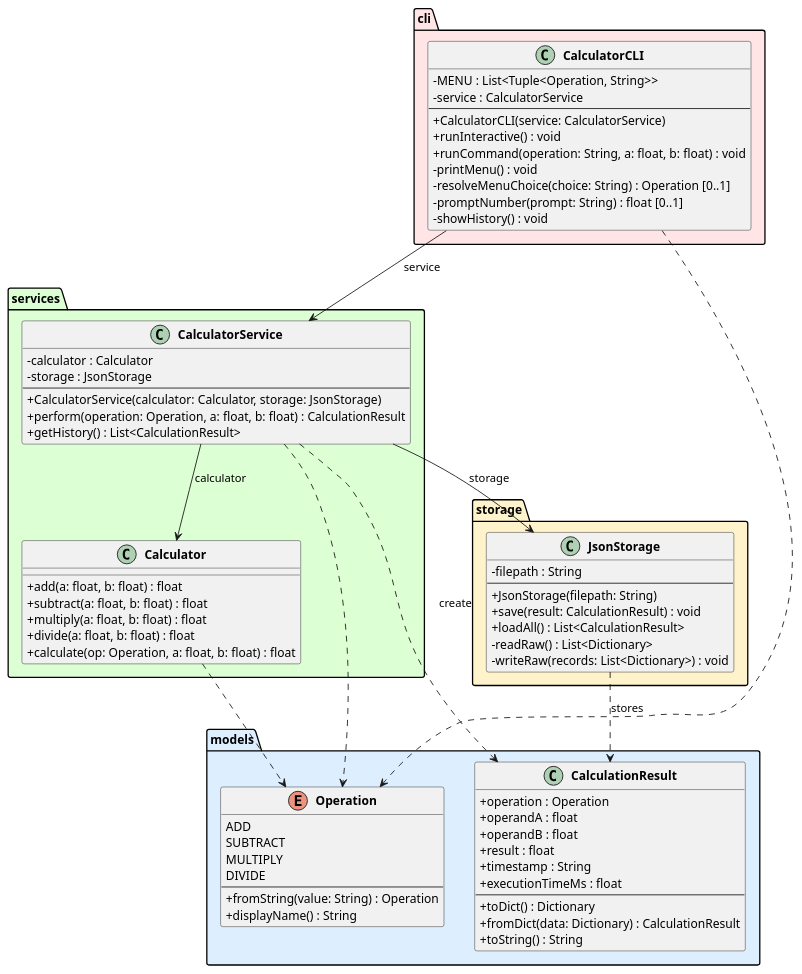
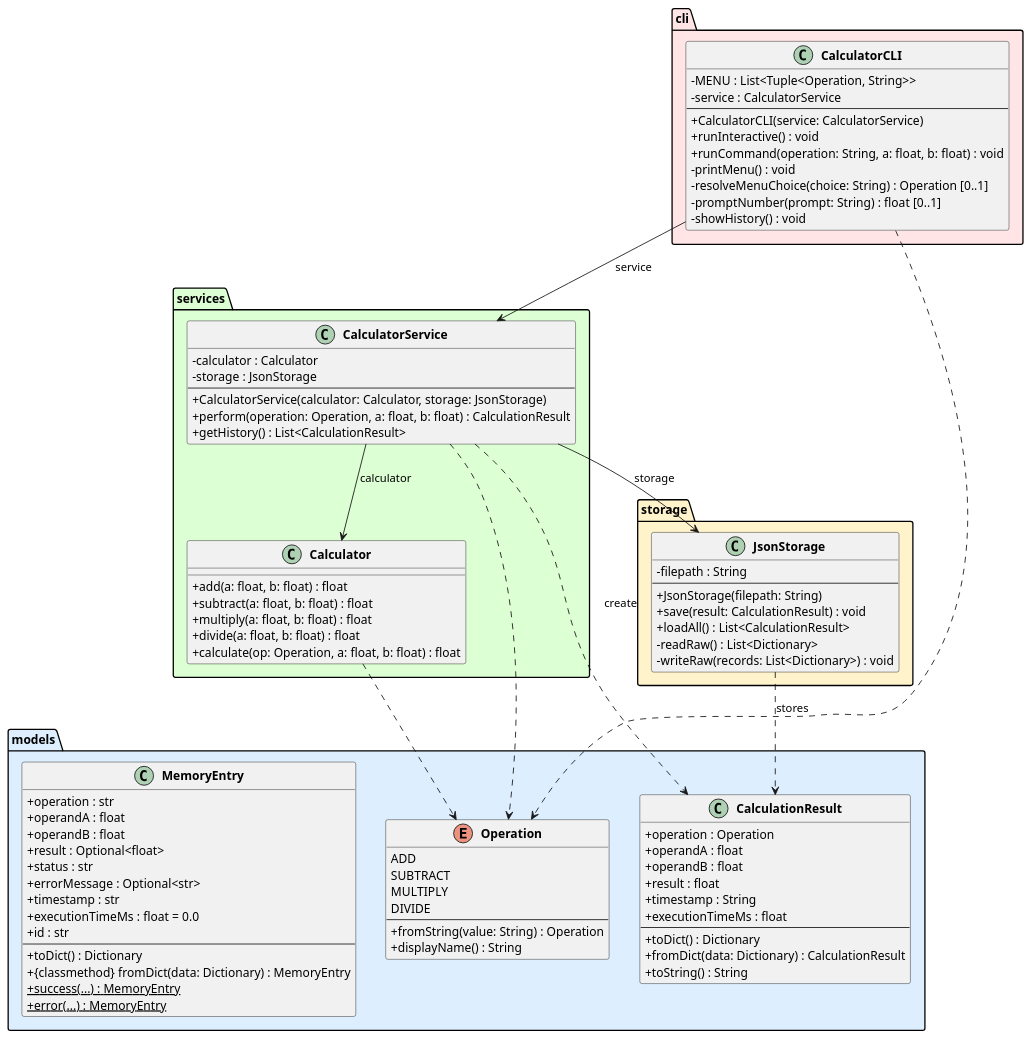
The diagram in experiments/supervisor_as_tools/structured_text/calculator/artifacts/class_diagram.puml (DanielRiha8906/Software_autoevolution_using_agents), drawn with PlantUML before and after one commit. The commit also changed 4 other files, not shown here.

First line of the commit message:
task 03 | supervisor_as_tools / structured_text / calculator - Introduce MemoryEntry domain class

```diff
--- a/experiments/supervisor_as_tools/structured_text/calculator/artifacts/class_diagram.puml
+++ b/experiments/supervisor_as_tools/structured_text/calculator/artifacts/class_diagram.puml
@@ -1,87 +1,104 @@
 @startuml class_diagram
 
 skinparam classAttributeIconSize 0
 skinparam classFontStyle bold
 
 package "models" #DDEEFF {
     enum Operation {
         ADD
         SUBTRACT
         MULTIPLY
         DIVIDE
         --
         +fromString(value: String) : Operation
         +displayName() : String
     }
 
     class CalculationResult {
         +operation : Operation
         +operandA : float
         +operandB : float
         +result : float
         +timestamp : String
         +executionTimeMs : float
         --
         +toDict() : Dictionary
         +fromDict(data: Dictionary) : CalculationResult
         +toString() : String
+    }
+
+    class MemoryEntry {
+        +operation : str
+        +operandA : float
+        +operandB : float
+        +result : Optional<float>
+        +status : str
+        +errorMessage : Optional<str>
+        +timestamp : str
+        +executionTimeMs : float = 0.0
+        +id : str
+        --
+        +toDict() : Dictionary
+        +{classmethod} fromDict(data: Dictionary) : MemoryEntry
+        +{static} success(...) : MemoryEntry
+        +{static} error(...) : MemoryEntry
     }
 }
 
 package "services" #DDFFD4 {
     class Calculator {
         +add(a: float, b: float) : float
         +subtract(a: float, b: float) : float
         +multiply(a: float, b: float) : float
         +divide(a: float, b: float) : float
         +calculate(op: Operation, a: float, b: float) : float
     }
 
     class CalculatorService {
         -calculator : Calculator
         -storage : JsonStorage
         --
         +CalculatorService(calculator: Calculator, storage: JsonStorage)
         +perform(operation: Operation, a: float, b: float) : CalculationResult
         +getHistory() : List<CalculationResult>
     }
 }
 
 package "storage" #FFF3CC {
     class JsonStorage {
         -filepath : String
         --
         +JsonStorage(filepath: String)
         +save(result: CalculationResult) : void
         +loadAll() : List<CalculationResult>
         -readRaw() : List<Dictionary>
         -writeRaw(records: List<Dictionary>) : void
     }
 }
 
 package "cli" #FFE5E5 {
     class CalculatorCLI {
         -MENU : List<Tuple<Operation, String>>
         -service : CalculatorService
         --
         +CalculatorCLI(service: CalculatorService)
         +runInteractive() : void
         +runCommand(operation: String, a: float, b: float) : void
         -printMenu() : void
         -resolveMenuChoice(choice: String) : Operation [0..1]
         -promptNumber(prompt: String) : float [0..1]
         -showHistory() : void
     }
 }
 
 CalculatorCLI --> CalculatorService : service
 CalculatorService --> Calculator : calculator
 CalculatorService --> JsonStorage : storage
 
 CalculatorService ..> CalculationResult : create
 CalculatorService ..> Operation
 CalculatorCLI ..> Operation
 Calculator ..> Operation
 JsonStorage ..> CalculationResult : stores
 
 @enduml
```
